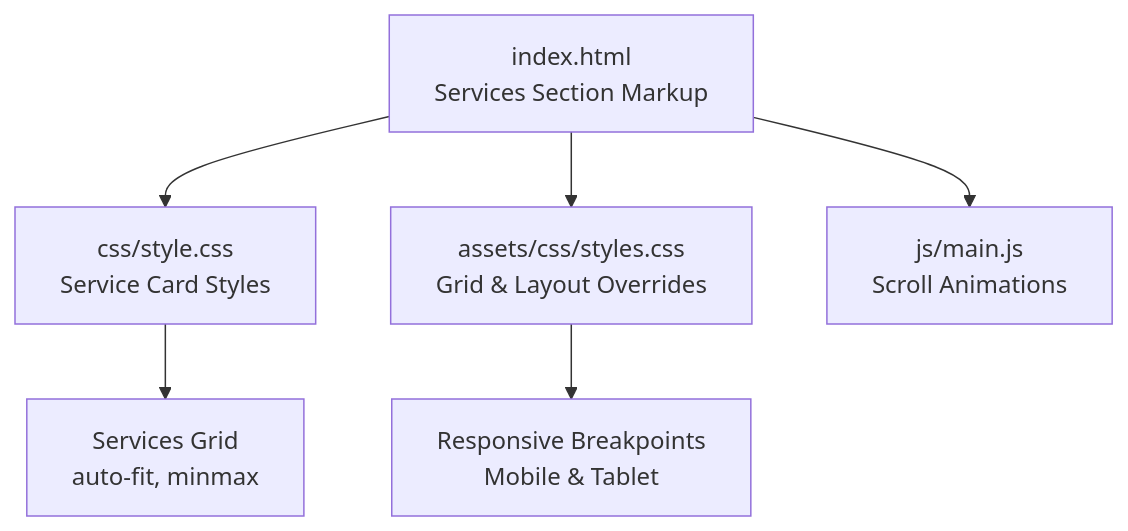
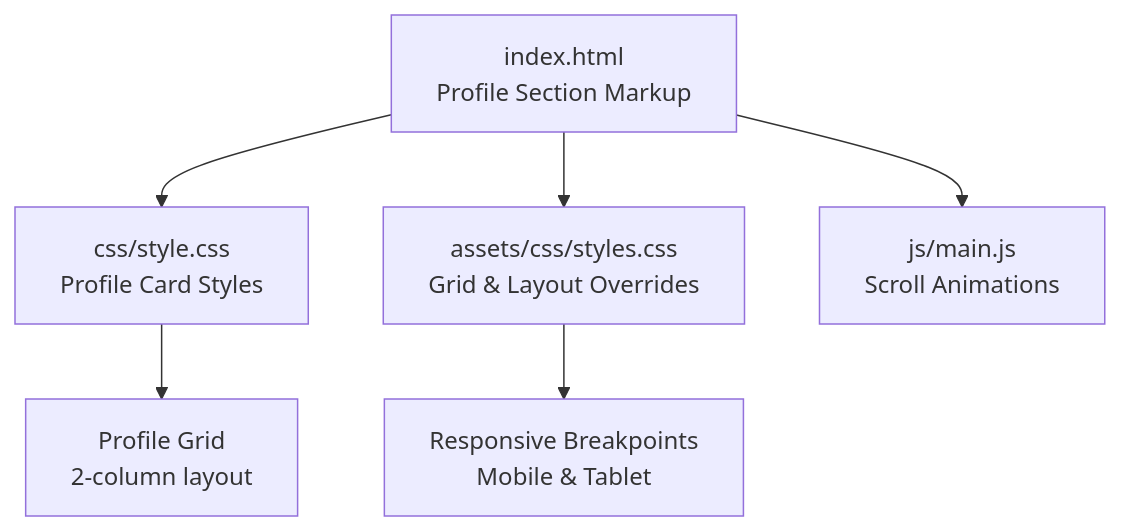
Before and after one commit to lynchip/graduates: the first of 3 diagrams in .qoder/repowiki/en/content/Core Features/Service Showcase/Services Section.md, drawn with Mermaid. The commit also changed other lines of this file and 12 other files, not shown here.

````diff
--- a/.qoder/repowiki/en/content/Core Features/Service Showcase/Services Section.md
+++ b/.qoder/repowiki/en/content/Core Features/Service Showcase/Services Section.md
@@ -30,8 +40,8 @@
 ```mermaid
 graph TB
-IndexHTML["index.html<br/>Services Section Markup"] --> StyleCSS["css/style.css<br/>Service Card Styles"]
+IndexHTML["index.html<br/>Profile Section Markup"] --> StyleCSS["css/style.css<br/>Profile Card Styles"]
 IndexHTML --> AssetsStyles["assets/css/styles.css<br/>Grid & Layout Overrides"]
 IndexHTML --> JSMain["js/main.js<br/>Scroll Animations"]
-StyleCSS --> ServicesGrid["Services Grid<br/>auto-fit, minmax"]
+StyleCSS --> ProfileGrid["Profile Grid<br/>2-column layout"]
 AssetsStyles --> Responsive["Responsive Breakpoints<br/>Mobile & Tablet"]
 ```
````
